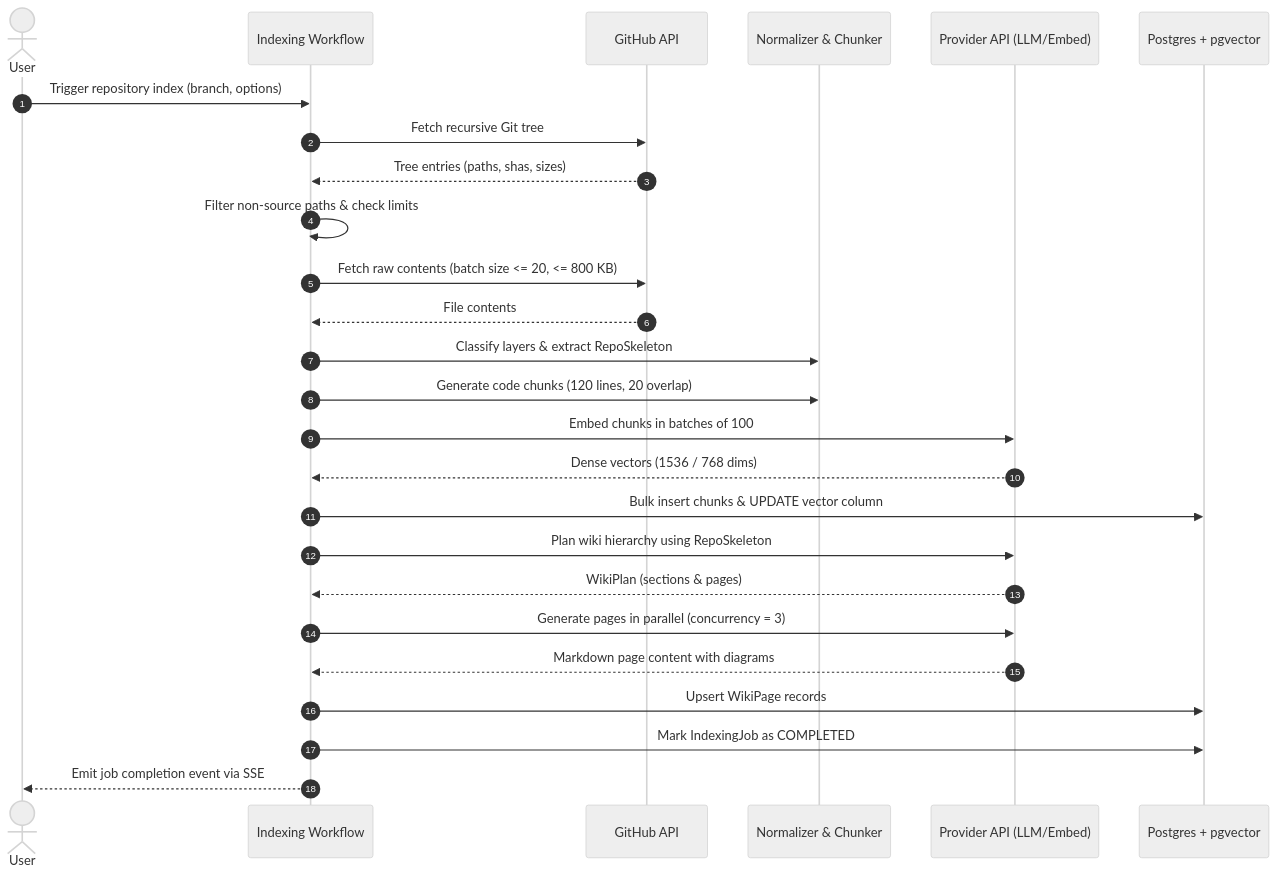
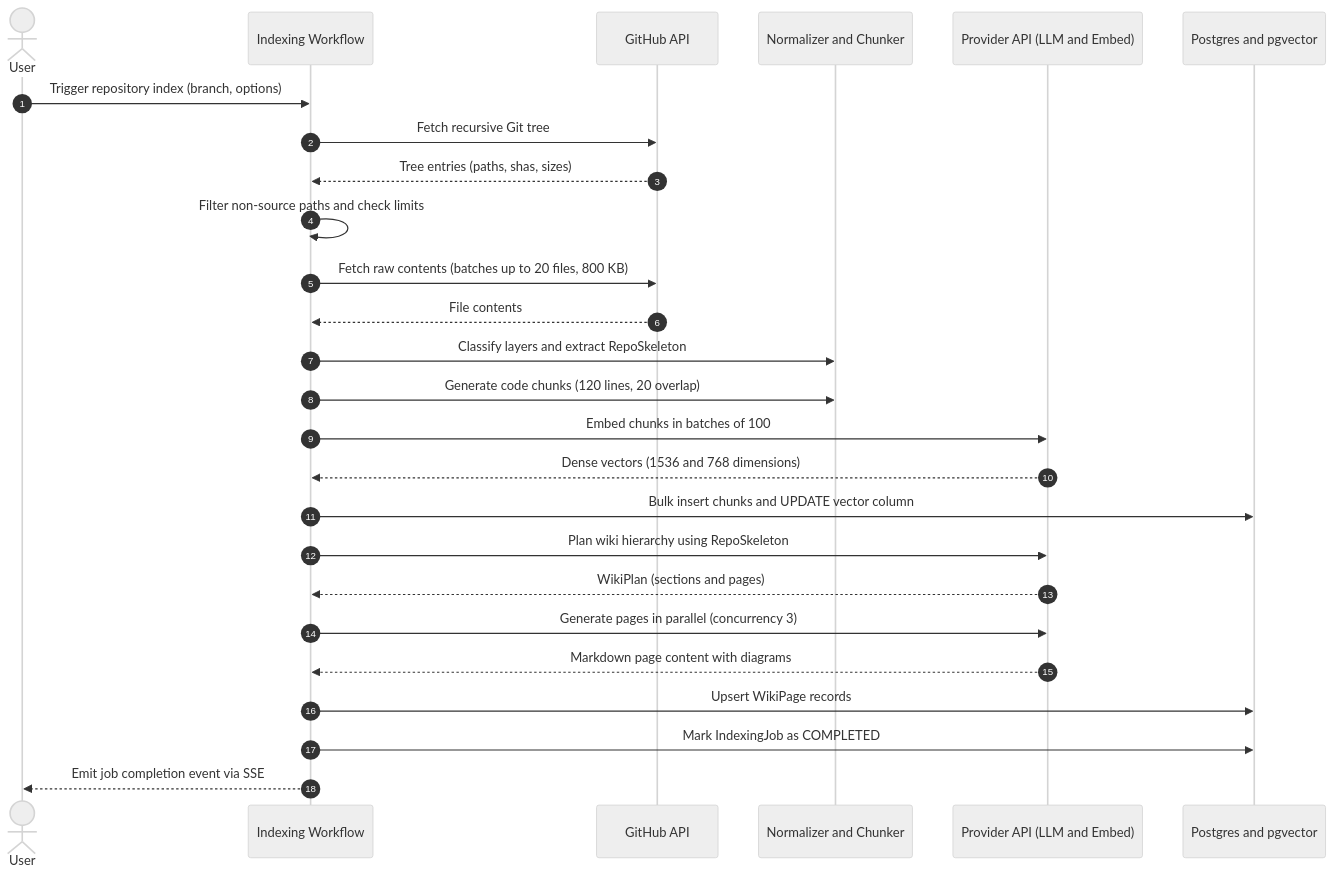
The second of 4 diagrams in system-design.md (Ethan4582/RepoSense), drawn with Mermaid (neutral theme) before and after one commit. The commit also changed other lines of this file and 1 other file, not shown here.

Commit message:
docs: replace raw schema with mermaid erDiagram and fix diagram syntax

````diff
--- a/system-design.md
+++ b/system-design.md
@@ -195,29 +172,29 @@
 ```mermaid
 sequenceDiagram
     autonumber
     actor User
     participant Worker as Indexing Workflow
     participant GH as GitHub API
-    participant Norm as Normalizer & Chunker
-    participant AI as Provider API (LLM/Embed)
-    participant DB as Postgres + pgvector
+    participant Norm as Normalizer and Chunker
+    participant AI as Provider API (LLM and Embed)
+    participant DB as Postgres and pgvector
 
     User->>Worker: Trigger repository index (branch, options)
     Worker->>GH: Fetch recursive Git tree
     GH-->>Worker: Tree entries (paths, shas, sizes)
-    Worker->>Worker: Filter non-source paths & check limits
-    Worker->>GH: Fetch raw contents (batch size <= 20, <= 800 KB)
+    Worker->>Worker: Filter non-source paths and check limits
+    Worker->>GH: Fetch raw contents (batches up to 20 files, 800 KB)
     GH-->>Worker: File contents
-    Worker->>Norm: Classify layers & extract RepoSkeleton
+    Worker->>Norm: Classify layers and extract RepoSkeleton
     Worker->>Norm: Generate code chunks (120 lines, 20 overlap)
     Worker->>AI: Embed chunks in batches of 100
-    AI-->>Worker: Dense vectors (1536 / 768 dims)
-    Worker->>DB: Bulk insert chunks & UPDATE vector column
+    AI-->>Worker: Dense vectors (1536 and 768 dimensions)
+    Worker->>DB: Bulk insert chunks and UPDATE vector column
     Worker->>AI: Plan wiki hierarchy using RepoSkeleton
-    AI-->>Worker: WikiPlan (sections & pages)
-    Worker->>AI: Generate pages in parallel (concurrency = 3)
+    AI-->>Worker: WikiPlan (sections and pages)
+    Worker->>AI: Generate pages in parallel (concurrency 3)
     AI-->>Worker: Markdown page content with diagrams
     Worker->>DB: Upsert WikiPage records
     Worker->>DB: Mark IndexingJob as COMPLETED
     Worker-->>User: Emit job completion event via SSE
 ```
````
